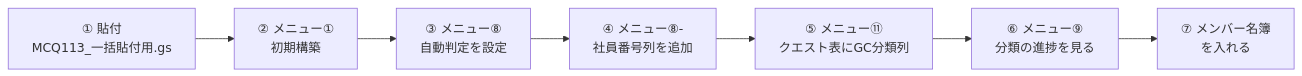
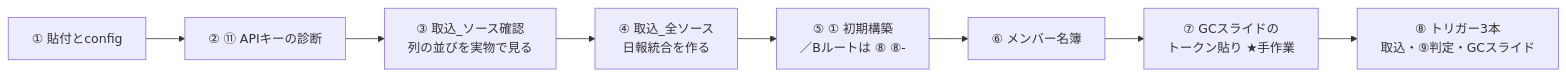
The third of 4 diagrams in docs/設計図_権限と構築順_20260829.md (kk1284-cpu/sun_cloud), drawn with Mermaid before and after one commit. The commit also changed other lines of this file and 2 other files, not shown here.

````diff
--- a/docs/設計図_権限と構築順_20260829.md
+++ b/docs/設計図_権限と構築順_20260829.md
@@ -208,9 +209,10 @@
 ```mermaid
 flowchart LR
-    A["① 貼付<br/>MCQ113_一括貼付用.gs"] --> B["② メニュー①<br/>初期構築"]
-    B --> C["③ メニュー⑧<br/>自動判定を設定"]
-    C --> D["④ メニュー⑧-<br/>社員番号列を追加"]
-    D --> E["⑤ メニュー⑪<br/>クエスト表にGC分類列"]
-    E --> F["⑥ メニュー⑨<br/>分類の進捗を見る"]
-    F --> G["⑦ メンバー名簿<br/>を入れる"]
+    A["① 貼付とconfig"] --> B["② ⑪ APIキーの診断"]
+    B --> C["③ 取込_ソース確認<br/>列の並びを実物で見る"]
+    C --> D["④ 取込_全ソース<br/>日報統合を作る"]
+    D --> E["⑤ ① 初期構築<br/>／Bルートは ⑧ ⑧-"]
+    E --> F["⑥ メンバー名簿"]
+    F --> G["⑦ GCスライドの<br/>トークン貼り ★手作業"]
+    G --> H["⑧ トリガー3本<br/>取込・⑨判定・GCスライド"]
 ```
````
